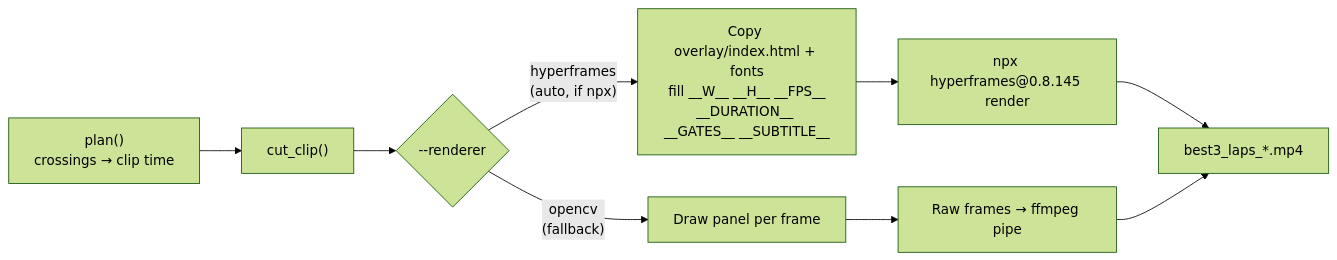
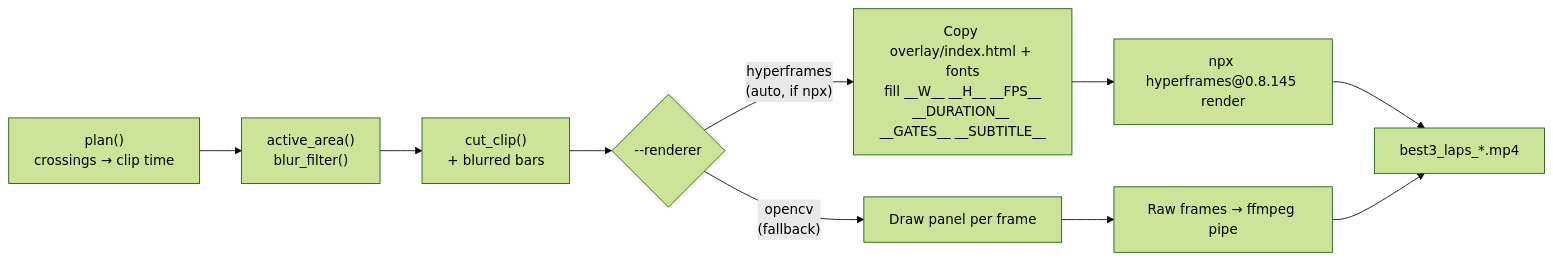
The ninth of 9 diagrams in skills/fpv-best-laps/README.md (irom77/Racegow), drawn with Mermaid (forest theme) before and after one commit. The commit also changed other lines of this file and 8 other files, not shown here.

First line of the commit message:
Fill the black side bars with blurred footage in the exported clip

````diff
--- a/skills/fpv-best-laps/README.md
+++ b/skills/fpv-best-laps/README.md
@@ -487,11 +494,12 @@
 ```mermaid
 flowchart LR
-    P["plan()<br/>crossings → clip time"] --> CUT["cut_clip()"]
+    P["plan()<br/>crossings → clip time"] --> BG["active_area()<br/>blur_filter()"]
+    BG --> CUT["cut_clip()<br/>+ blurred bars"]
     CUT --> Q{"--renderer"}
     Q -- "hyperframes<br/>(auto, if npx)" --> H1["Copy overlay/index.html + fonts<br/>fill __W__ __H__ __FPS__<br/>__DURATION__ __GATES__ __SUBTITLE__"]
     H1 --> H2["npx hyperframes@0.8.145 render"]
     Q -- "opencv<br/>(fallback)" --> O1["Draw panel per frame"]
     O1 --> O2["Raw frames → ffmpeg pipe"]
     H2 --> OUT["best3_laps_*.mp4"]
     O2 --> OUT
 ```
````
